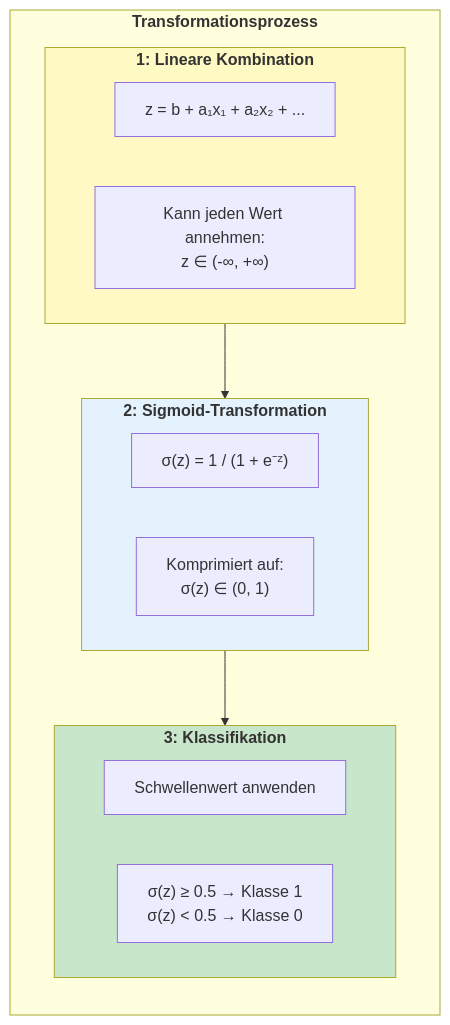
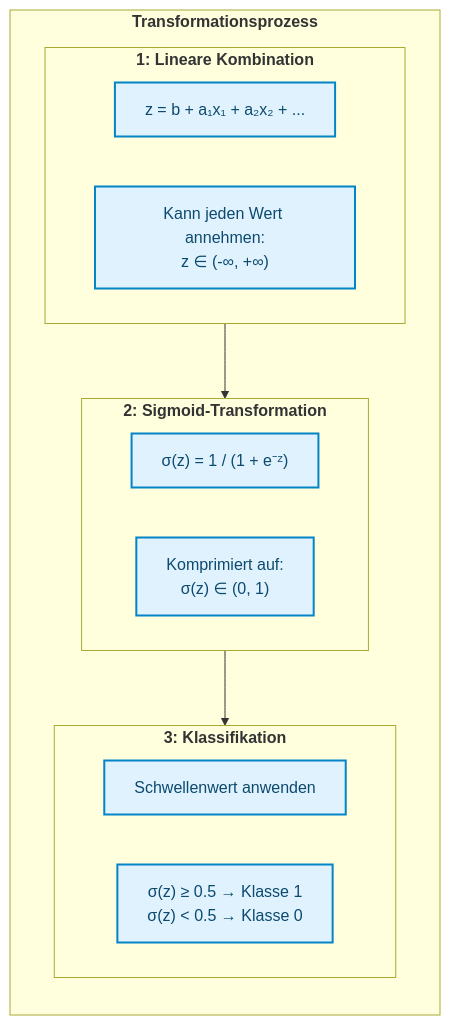
One commit to ralf-42/ML_Intro changed the ninth of 9 diagrams in docs/concepts/modeling/regression.md. Above: the diagram before and after it, drawn with Mermaid. The commit also changed other lines of this file and 67 other files, not shown here.

````diff
--- a/docs/concepts/modeling/regression.md
+++ b/docs/concepts/modeling/regression.md
@@ -377,27 +383,25 @@
 ```mermaid
 flowchart TB
     subgraph transformation["<b>Transformationsprozess"]
         direction TB
         
         subgraph step1["<b>1: Lineare Kombination"]
             L["z = b + a₁x₁ + a₂x₂ + ..."]
             L_note["Kann jeden Wert annehmen:<br/>z ∈ (-∞, +∞)"]
         end
         
         subgraph step2["<b>2: Sigmoid-Transformation"]
             S["σ(z) = 1 / (1 + e⁻ᶻ)"]
             S_note["Komprimiert auf:<br/>σ(z) ∈ (0, 1)"]
         end
         
         subgraph step3["<b>3: Klassifikation"]
             C["Schwellenwert anwenden"]
             C_note["σ(z) ≥ 0.5 → Klasse 1<br/>σ(z) < 0.5 → Klasse 0"]
         end
         
         step1 --> step2 --> step3
     end
-    
-    style step1 fill:#fff9c4
-    style step2 fill:#e3f2fd
-    style step3 fill:#c8e6c9
+
+    classDef default fill:#e0f2fe,stroke:#0284c7,stroke-width:2px,color:#0c4a6e;
 ```
````
